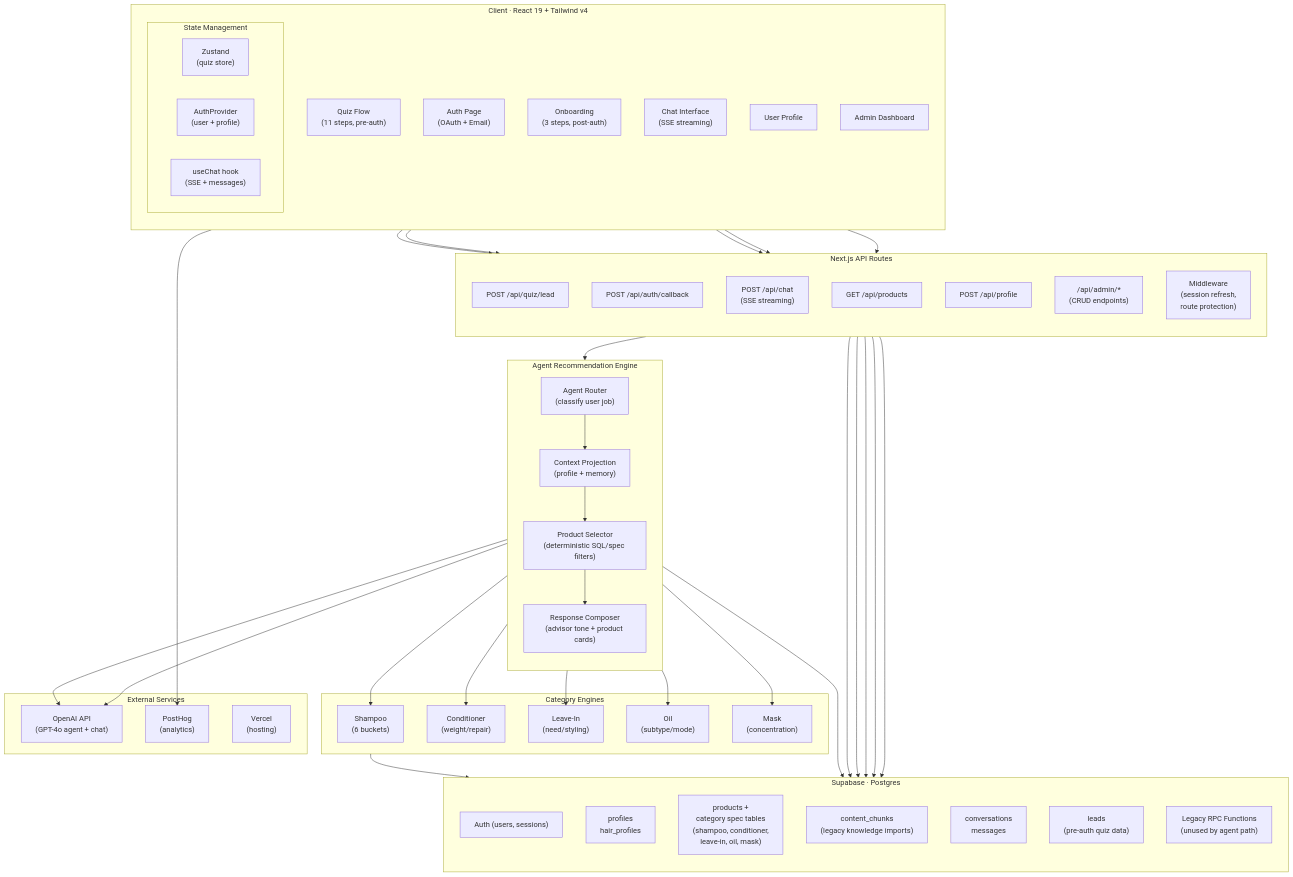
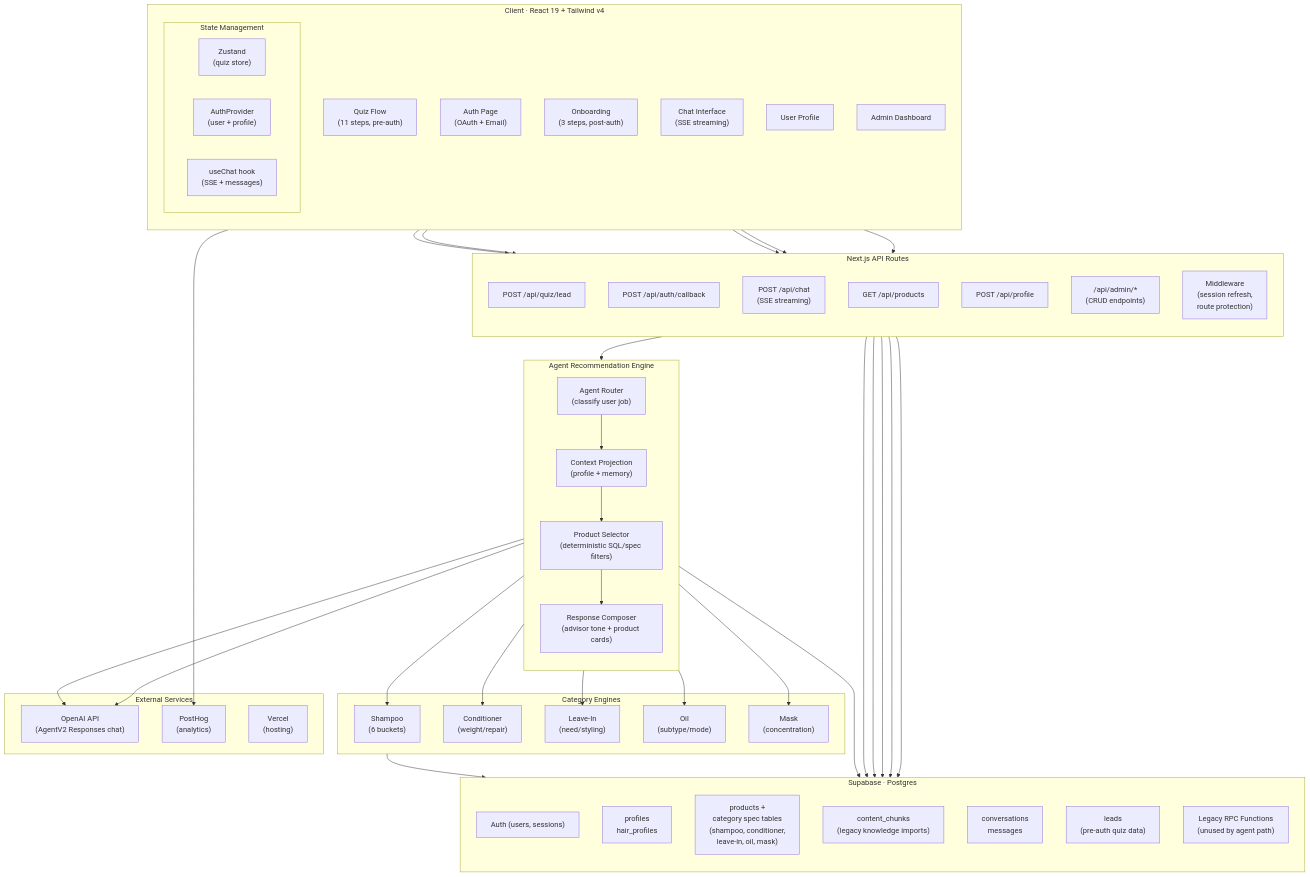
The first of 4 diagrams in OVERVIEW.md (NickRuppy/hair_concierge), drawn with Mermaid before and after one commit. The commit also changed other lines of this file and 4 other files, not shown here.

```diff
--- a/OVERVIEW.md
+++ b/OVERVIEW.md
@@ -87,7 +87,7 @@
     end
 
     subgraph External["External Services"]
-        OpenAI["OpenAI API<br/>(GPT-4o agent + chat)"]
+        OpenAI["OpenAI API<br/>(AgentV2 Responses chat)"]
         PostHog["PostHog<br/>(analytics)"]
         Vercel["Vercel<br/>(hosting)"]
     end
```
